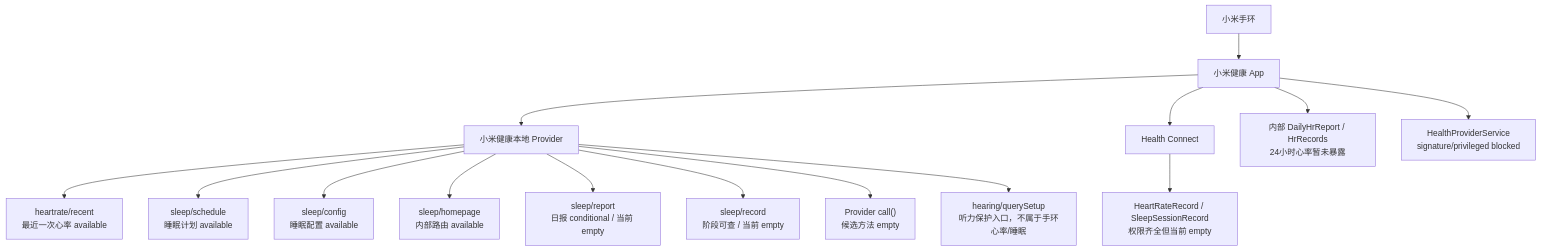
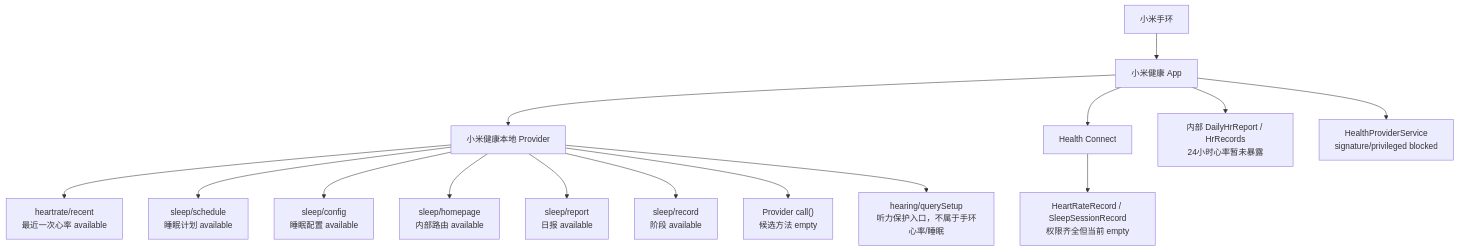
One commit to vb2250158/RabiRoute changed the diagram in examples/android-rabi-link-probe/README.md. Above: the diagram before and after it, drawn with Mermaid. The commit also changed other lines of this file and 126 other files, not shown here.

````diff
--- a/examples/android-rabi-link-probe/README.md
+++ b/examples/android-rabi-link-probe/README.md
@@ -502,17 +504,17 @@
 ```mermaid
 flowchart TD
     A["小米手环"] --> B["小米健康 App"]
     B --> C["小米健康本地 Provider"]
     B --> K["Health Connect"]
     C --> D["heartrate/recent<br/>最近一次心率 available"]
     C --> E["sleep/schedule<br/>睡眠计划 available"]
     C --> F["sleep/config<br/>睡眠配置 available"]
     C --> G["sleep/homepage<br/>内部路由 available"]
-    C --> H["sleep/report<br/>日报 conditional / 当前 empty"]
-    C --> I["sleep/record<br/>阶段可查 / 当前 empty"]
+    C --> H["sleep/report<br/>日报 available"]
+    C --> I["sleep/record<br/>阶段 available"]
     B --> J["内部 DailyHrReport / HrRecords<br/>24小时心率暂未暴露"]
     K --> L["HeartRateRecord / SleepSessionRecord<br/>权限齐全但当前 empty"]
     C --> M["Provider call()<br/>候选方法 empty"]
     B --> N["HealthProviderService<br/>signature/privileged blocked"]
     C --> O["hearing/querySetup<br/>听力保护入口，不属于手环心率/睡眠"]
 ```
````
